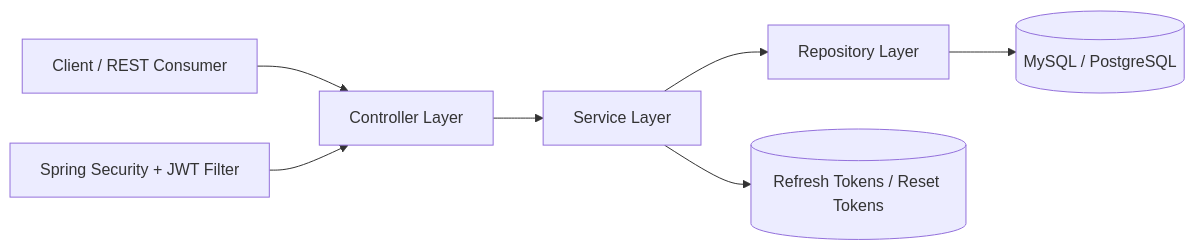
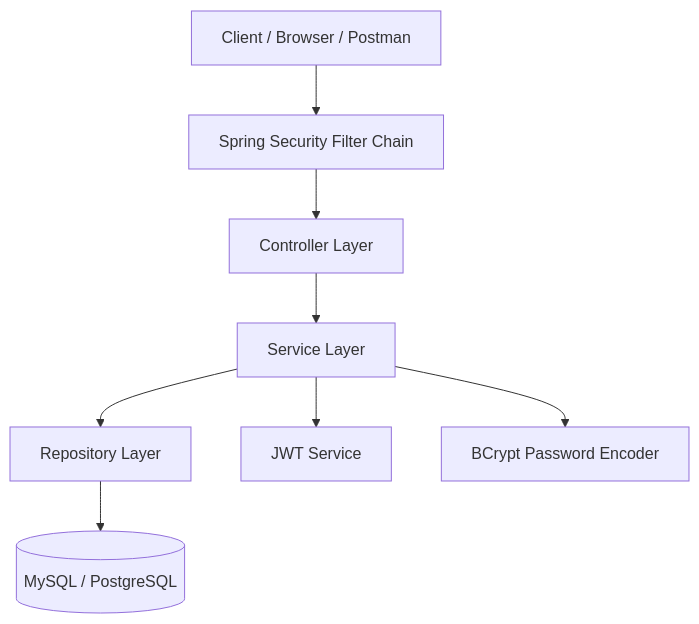
The first of 3 diagrams in README.md (virendrasonar/Jwt-Authentication-System), drawn with Mermaid before and after one commit. The commit also changed other lines of this file, not shown here.

````diff
--- a/README.md
+++ b/README.md
@@ -53,10 +120,10 @@
 ```mermaid
-flowchart LR
-    Client["Client / REST Consumer"] --> Controller["Controller Layer"]
+graph TD
+    Client["Client / Browser / Postman"] --> Security["Spring Security Filter Chain"]
+    Security --> Controller["Controller Layer"]
     Controller --> Service["Service Layer"]
     Service --> Repository["Repository Layer"]
     Repository --> Database[("MySQL / PostgreSQL")]
-
-    Security["Spring Security + JWT Filter"] --> Controller
-    Service --> TokenStore[("Refresh Tokens / Reset Tokens")]
+    Service --> JwtService["JWT Service"]
+    Service --> PasswordEncoder["BCrypt Password Encoder"]
 ```
````
